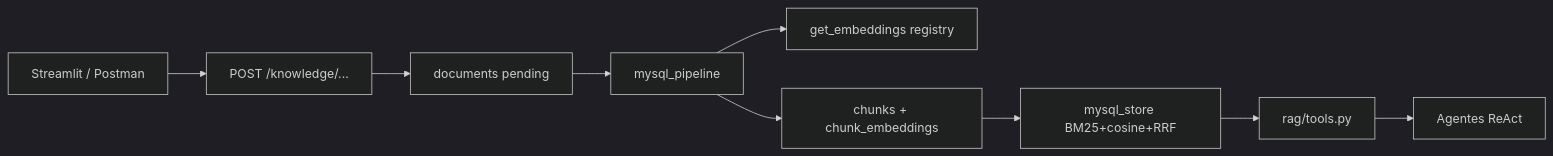
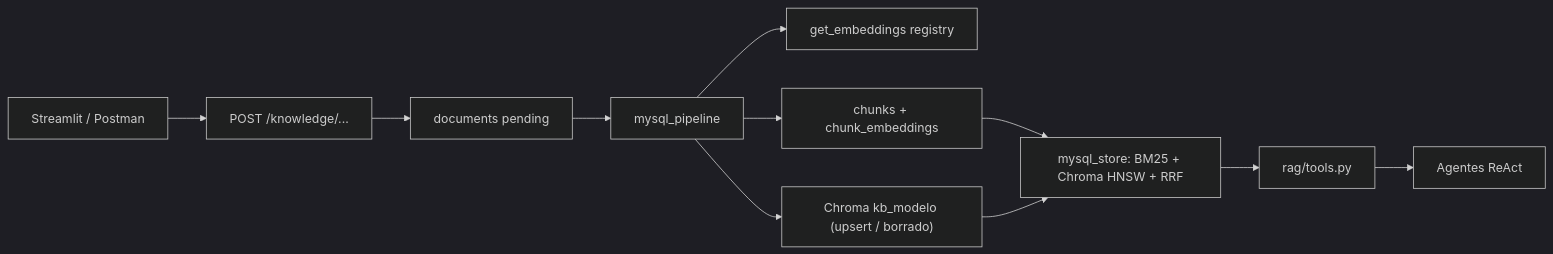
One commit to DavidLeonP/Orquestacion-Agentes changed the first of 3 diagrams in docs/implementacion.md. Above: the diagram before and after it, drawn with Mermaid (dark theme). The commit also changed other lines of this file and 70 other files, not shown here.

````diff
--- a/docs/implementacion.md
+++ b/docs/implementacion.md
@@ -70,11 +76,13 @@
 ```mermaid
 flowchart LR
     UI["Streamlit / Postman"] --> API["POST /knowledge/..."]
     API --> Docs["documents pending"]
     Docs --> Pipe["mysql_pipeline"]
     Pipe --> Emb["get_embeddings registry"]
     Pipe --> MySQL["chunks + chunk_embeddings"]
-    MySQL --> Hybrid["mysql_store BM25+cosine+RRF"]
+    Pipe --> Chroma["Chroma kb_modelo (upsert / borrado)"]
+    MySQL --> Hybrid["mysql_store: BM25 + Chroma HNSW + RRF"]
+    Chroma --> Hybrid
     Hybrid --> Tools["rag/tools.py"]
     Tools --> Agents["Agentes ReAct"]
 ```
````
